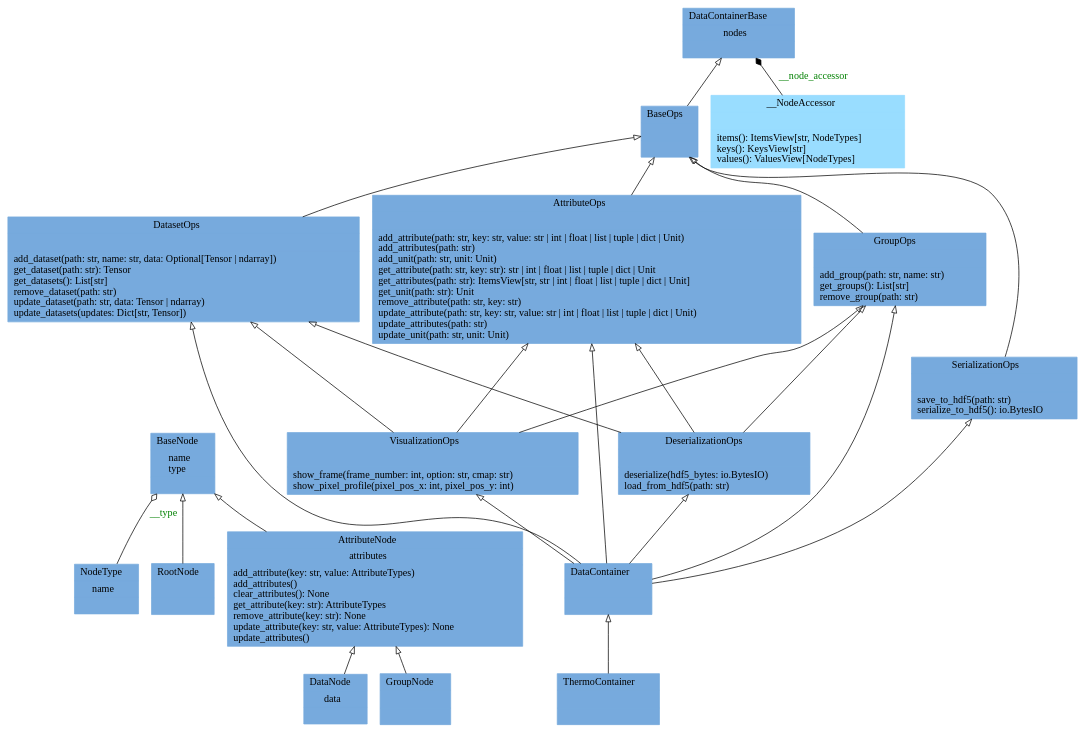
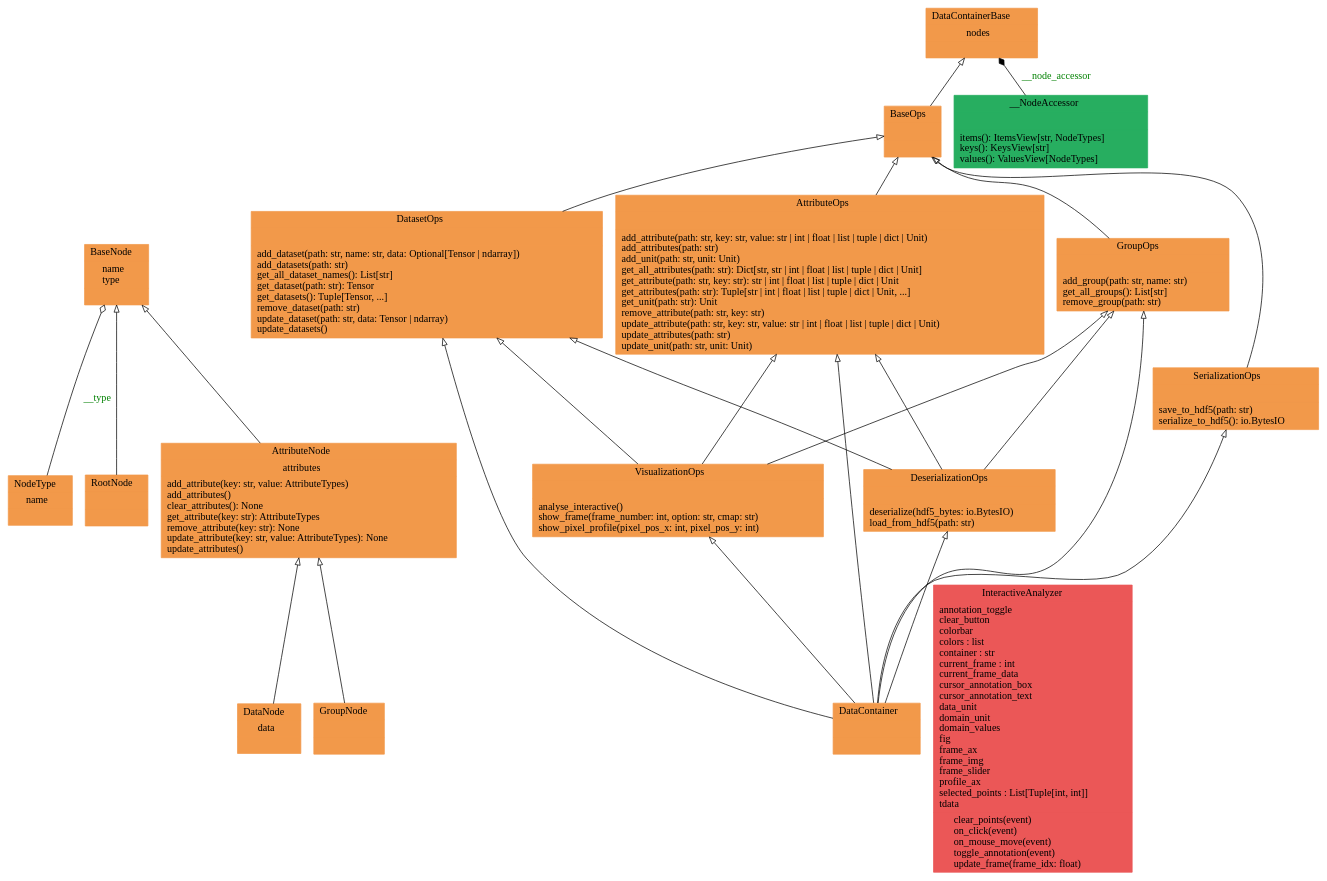
The diagram in docs/pyreverse/classes_pythermondt.data.datacontainer.gv (voidsy-gmbh/pyThermoNDT), drawn with Graphviz before and after one commit. The commit also changed 29 other files, not shown here.

First line of the commit message:
Update the pyreverse diagrams in documentation folder to make them more readable (#44)

```diff
--- a/docs/pyreverse/classes_pythermondt.data.datacontainer.gv
+++ b/docs/pyreverse/classes_pythermondt.data.datacontainer.gv
@@ -1,23 +1,23 @@
 digraph "classes_pythermondt.data.datacontainer" {
 rankdir=BT
 charset="utf-8"
-"pythermondt.data.datacontainer.node.AttributeNode" [color="#77AADD", fontcolor="black", label=<{AttributeNode|attributes<br ALIGN="LEFT"/>|add_attribute(key: str, value: AttributeTypes)<br ALIGN="LEFT"/>add_attributes()<br ALIGN="LEFT"/>clear_attributes(): None<br ALIGN="LEFT"/>get_attribute(key: str): AttributeTypes<br ALIGN="LEFT"/>remove_attribute(key: str): None<br ALIGN="LEFT"/>update_attribute(key: str, value: AttributeTypes): None<br ALIGN="LEFT"/>update_attributes()<br ALIGN="LEFT"/>}>, shape="record", style="filled"];
-"pythermondt.data.datacontainer.attribute_ops.AttributeOps" [color="#77AADD", fontcolor="black", label=<{AttributeOps|<br ALIGN="LEFT"/>|add_attribute(path: str, key: str, value: str \| int \| float \| list \| tuple \| dict \| Unit)<br ALIGN="LEFT"/>add_attributes(path: str)<br ALIGN="LEFT"/>add_unit(path: str, unit: Unit)<br ALIGN="LEFT"/>get_attribute(path: str, key: str): str \| int \| float \| list \| tuple \| dict \| Unit<br ALIGN="LEFT"/>get_attributes(path: str): ItemsView[str, str \| int \| float \| list \| tuple \| dict \| Unit]<br ALIGN="LEFT"/>get_unit(path: str): Unit<br ALIGN="LEFT"/>remove_attribute(path: str, key: str)<br ALIGN="LEFT"/>update_attribute(path: str, key: str, value: str \| int \| float \| list \| tuple \| dict \| Unit)<br ALIGN="LEFT"/>update_attributes(path: str)<br ALIGN="LEFT"/>update_unit(path: str, unit: Unit)<br ALIGN="LEFT"/>}>, shape="record", style="filled"];
-"pythermondt.data.datacontainer.node.BaseNode" [color="#77AADD", fontcolor="black", label=<{BaseNode|name<br ALIGN="LEFT"/>type<br ALIGN="LEFT"/>|}>, shape="record", style="filled"];
-"pythermondt.data.datacontainer.base.BaseOps" [color="#77AADD", fontcolor="black", label=<{BaseOps|<br ALIGN="LEFT"/>|}>, shape="record", style="filled"];
-"pythermondt.data.datacontainer.core.DataContainer" [color="#77AADD", fontcolor="black", label=<{DataContainer|<br ALIGN="LEFT"/>|}>, shape="record", style="filled"];
-"pythermondt.data.datacontainer.base.DataContainerBase" [color="#77AADD", fontcolor="black", label=<{DataContainerBase|nodes<br ALIGN="LEFT"/>|}>, shape="record", style="filled"];
-"pythermondt.data.datacontainer.node.DataNode" [color="#77AADD", fontcolor="black", label=<{DataNode|data<br ALIGN="LEFT"/>|}>, shape="record", style="filled"];
-"pythermondt.data.datacontainer.dataset_ops.DatasetOps" [color="#77AADD", fontcolor="black", label=<{DatasetOps|<br ALIGN="LEFT"/>|add_dataset(path: str, name: str, data: Optional[Tensor \| ndarray])<br ALIGN="LEFT"/>get_dataset(path: str): Tensor<br ALIGN="LEFT"/>get_datasets(): List[str]<br ALIGN="LEFT"/>remove_dataset(path: str)<br ALIGN="LEFT"/>update_dataset(path: str, data: Tensor \| ndarray)<br ALIGN="LEFT"/>update_datasets(updates: Dict[str, Tensor])<br ALIGN="LEFT"/>}>, shape="record", style="filled"];
-"pythermondt.data.datacontainer.serialization_ops.DeserializationOps" [color="#77AADD", fontcolor="black", label=<{DeserializationOps|<br ALIGN="LEFT"/>|deserialize(hdf5_bytes: io.BytesIO)<br ALIGN="LEFT"/>load_from_hdf5(path: str)<br ALIGN="LEFT"/>}>, shape="record", style="filled"];
-"pythermondt.data.datacontainer.node.GroupNode" [color="#77AADD", fontcolor="black", label=<{GroupNode|<br ALIGN="LEFT"/>|}>, shape="record", style="filled"];
-"pythermondt.data.datacontainer.group_ops.GroupOps" [color="#77AADD", fontcolor="black", label=<{GroupOps|<br ALIGN="LEFT"/>|add_group(path: str, name: str)<br ALIGN="LEFT"/>get_groups(): List[str]<br ALIGN="LEFT"/>remove_group(path: str)<br ALIGN="LEFT"/>}>, shape="record", style="filled"];
-"pythermondt.data.datacontainer.node.NodeType" [color="#77AADD", fontcolor="black", label=<{NodeType|name<br ALIGN="LEFT"/>|}>, shape="record", style="filled"];
-"pythermondt.data.datacontainer.node.RootNode" [color="#77AADD", fontcolor="black", label=<{RootNode|<br ALIGN="LEFT"/>|}>, shape="record", style="filled"];
-"pythermondt.data.datacontainer.serialization_ops.SerializationOps" [color="#77AADD", fontcolor="black", label=<{SerializationOps|<br ALIGN="LEFT"/>|save_to_hdf5(path: str)<br ALIGN="LEFT"/>serialize_to_hdf5(): io.BytesIO<br ALIGN="LEFT"/>}>, shape="record", style="filled"];
-"pythermondt.data.datacontainer.core.ThermoContainer" [color="#77AADD", fontcolor="black", label=<{ThermoContainer|<br ALIGN="LEFT"/>|}>, shape="record", style="filled"];
-"pythermondt.data.datacontainer.visualization_ops.VisualizationOps" [color="#77AADD", fontcolor="black", label=<{VisualizationOps|<br ALIGN="LEFT"/>|show_frame(frame_number: int, option: str, cmap: str)<br ALIGN="LEFT"/>show_pixel_profile(pixel_pos_x: int, pixel_pos_y: int)<br ALIGN="LEFT"/>}>, shape="record", style="filled"];
-"pythermondt.data.datacontainer.base.DataContainerBase.__NodeAccessor" [color="#99DDFF", fontcolor="black", label=<{__NodeAccessor|<br ALIGN="LEFT"/>|items(): ItemsView[str, NodeTypes]<br ALIGN="LEFT"/>keys(): KeysView[str]<br ALIGN="LEFT"/>values(): ValuesView[NodeTypes]<br ALIGN="LEFT"/>}>, shape="record", style="filled"];
+"pythermondt.data.datacontainer.node.AttributeNode" [color="#F2994A", fontcolor="black", label=<{AttributeNode|attributes<br ALIGN="LEFT"/>|add_attribute(key: str, value: AttributeTypes)<br ALIGN="LEFT"/>add_attributes()<br ALIGN="LEFT"/>clear_attributes(): None<br ALIGN="LEFT"/>get_attribute(key: str): AttributeTypes<br ALIGN="LEFT"/>remove_attribute(key: str): None<br ALIGN="LEFT"/>update_attribute(key: str, value: AttributeTypes): None<br ALIGN="LEFT"/>update_attributes()<br ALIGN="LEFT"/>}>, shape="record", style="filled"];
+"pythermondt.data.datacontainer.attribute_ops.AttributeOps" [color="#F2994A", fontcolor="black", label=<{AttributeOps|<br ALIGN="LEFT"/>|add_attribute(path: str, key: str, value: str \| int \| float \| list \| tuple \| dict \| Unit)<br ALIGN="LEFT"/>add_attributes(path: str)<br ALIGN="LEFT"/>add_unit(path: str, unit: Unit)<br ALIGN="LEFT"/>get_all_attributes(path: str): Dict[str, str \| int \| float \| list \| tuple \| dict \| Unit]<br ALIGN="LEFT"/>get_attribute(path: str, key: str): str \| int \| float \| list \| tuple \| dict \| Unit<br ALIGN="LEFT"/>get_attributes(path: str): Tuple[str \| int \| float \| list \| tuple \| dict \| Unit, ...]<br ALIGN="LEFT"/>get_unit(path: str): Unit<br ALIGN="LEFT"/>remove_attribute(path: str, key: str)<br ALIGN="LEFT"/>update_attribute(path: str, key: str, value: str \| int \| float \| list \| tuple \| dict \| Unit)<br ALIGN="LEFT"/>update_attributes(path: str)<br ALIGN="LEFT"/>update_unit(path: str, unit: Unit)<br ALIGN="LEFT"/>}>, shape="record", style="filled"];
+"pythermondt.data.datacontainer.node.BaseNode" [color="#F2994A", fontcolor="black", label=<{BaseNode|name<br ALIGN="LEFT"/>type<br ALIGN="LEFT"/>|}>, shape="record", style="filled"];
+"pythermondt.data.datacontainer.base.BaseOps" [color="#F2994A", fontcolor="black", label=<{BaseOps|<br ALIGN="LEFT"/>|}>, shape="record", style="filled"];
+"pythermondt.data.datacontainer.core.DataContainer" [color="#F2994A", fontcolor="black", label=<{DataContainer|<br ALIGN="LEFT"/>|}>, shape="record", style="filled"];
+"pythermondt.data.datacontainer.base.DataContainerBase" [color="#F2994A", fontcolor="black", label=<{DataContainerBase|nodes<br ALIGN="LEFT"/>|}>, shape="record", style="filled"];
+"pythermondt.data.datacontainer.node.DataNode" [color="#F2994A", fontcolor="black", label=<{DataNode|data<br ALIGN="LEFT"/>|}>, shape="record", style="filled"];
+"pythermondt.data.datacontainer.dataset_ops.DatasetOps" [color="#F2994A", fontcolor="black", label=<{DatasetOps|<br ALIGN="LEFT"/>|add_dataset(path: str, name: str, data: Optional[Tensor \| ndarray])<br ALIGN="LEFT"/>add_datasets(path: str)<br ALIGN="LEFT"/>get_all_dataset_names(): List[str]<br ALIGN="LEFT"/>get_dataset(path: str): Tensor<br ALIGN="LEFT"/>get_datasets(): Tuple[Tensor, ...]<br ALIGN="LEFT"/>remove_dataset(path: str)<br ALIGN="LEFT"/>update_dataset(path: str, data: Tensor \| ndarray)<br ALIGN="LEFT"/>update_datasets()<br ALIGN="LEFT"/>}>, shape="record", style="filled"];
+"pythermondt.data.datacontainer.serialization_ops.DeserializationOps" [color="#F2994A", fontcolor="black", label=<{DeserializationOps|<br ALIGN="LEFT"/>|deserialize(hdf5_bytes: io.BytesIO)<br ALIGN="LEFT"/>load_from_hdf5(path: str)<br ALIGN="LEFT"/>}>, shape="record", style="filled"];
+"pythermondt.data.datacontainer.node.GroupNode" [color="#F2994A", fontcolor="black", label=<{GroupNode|<br ALIGN="LEFT"/>|}>, shape="record", style="filled"];
+"pythermondt.data.datacontainer.group_ops.GroupOps" [color="#F2994A", fontcolor="black", label=<{GroupOps|<br ALIGN="LEFT"/>|add_group(path: str, name: str)<br ALIGN="LEFT"/>get_all_groups(): List[str]<br ALIGN="LEFT"/>remove_group(path: str)<br ALIGN="LEFT"/>}>, shape="record", style="filled"];
+"pythermondt.data.datacontainer.visualization_ops.VisualizationOps.InteractiveAnalyzer" [color="#EB5757", fontcolor="black", label=<{InteractiveAnalyzer|annotation_toggle<br ALIGN="LEFT"/>clear_button<br ALIGN="LEFT"/>colorbar<br ALIGN="LEFT"/>colors : list<br ALIGN="LEFT"/>container : str<br ALIGN="LEFT"/>current_frame : int<br ALIGN="LEFT"/>current_frame_data<br ALIGN="LEFT"/>cursor_annotation_box<br ALIGN="LEFT"/>cursor_annotation_text<br ALIGN="LEFT"/>data_unit<br ALIGN="LEFT"/>domain_unit<br ALIGN="LEFT"/>domain_values<br ALIGN="LEFT"/>fig<br ALIGN="LEFT"/>frame_ax<br ALIGN="LEFT"/>frame_img<br ALIGN="LEFT"/>frame_slider<br ALIGN="LEFT"/>profile_ax<br ALIGN="LEFT"/>selected_points : List[Tuple[int, int]]<br ALIGN="LEFT"/>tdata<br ALIGN="LEFT"/>|clear_points(event)<br ALIGN="LEFT"/>on_click(event)<br ALIGN="LEFT"/>on_mouse_move(event)<br ALIGN="LEFT"/>toggle_annotation(event)<br ALIGN="LEFT"/>update_frame(frame_idx: float)<br ALIGN="LEFT"/>}>, shape="record", style="filled"];
+"pythermondt.data.datacontainer.node.NodeType" [color="#F2994A", fontcolor="black", label=<{NodeType|name<br ALIGN="LEFT"/>|}>, shape="record", style="filled"];
+"pythermondt.data.datacontainer.node.RootNode" [color="#F2994A", fontcolor="black", label=<{RootNode|<br ALIGN="LEFT"/>|}>, shape="record", style="filled"];
+"pythermondt.data.datacontainer.serialization_ops.SerializationOps" [color="#F2994A", fontcolor="black", label=<{SerializationOps|<br ALIGN="LEFT"/>|save_to_hdf5(path: str)<br ALIGN="LEFT"/>serialize_to_hdf5(): io.BytesIO<br ALIGN="LEFT"/>}>, shape="record", style="filled"];
+"pythermondt.data.datacontainer.visualization_ops.VisualizationOps" [color="#F2994A", fontcolor="black", label=<{VisualizationOps|<br ALIGN="LEFT"/>|analyse_interactive()<br ALIGN="LEFT"/>show_frame(frame_number: int, option: str, cmap: str)<br ALIGN="LEFT"/>show_pixel_profile(pixel_pos_x: int, pixel_pos_y: int)<br ALIGN="LEFT"/>}>, shape="record", style="filled"];
+"pythermondt.data.datacontainer.base.DataContainerBase.__NodeAccessor" [color="#27AE60", fontcolor="black", label=<{__NodeAccessor|<br ALIGN="LEFT"/>|items(): ItemsView[str, NodeTypes]<br ALIGN="LEFT"/>keys(): KeysView[str]<br ALIGN="LEFT"/>values(): ValuesView[NodeTypes]<br ALIGN="LEFT"/>}>, shape="record", style="filled"];
 "pythermondt.data.datacontainer.attribute_ops.AttributeOps" -> "pythermondt.data.datacontainer.base.BaseOps" [arrowhead="empty", arrowtail="none"];
 "pythermondt.data.datacontainer.base.BaseOps" -> "pythermondt.data.datacontainer.base.DataContainerBase" [arrowhead="empty", arrowtail="none"];
 "pythermondt.data.datacontainer.core.DataContainer" -> "pythermondt.data.datacontainer.attribute_ops.AttributeOps" [arrowhead="empty", arrowtail="none"];
@@ -26,7 +26,6 @@
 "pythermondt.data.datacontainer.core.DataContainer" -> "pythermondt.data.datacontainer.serialization_ops.DeserializationOps" [arrowhead="empty", arrowtail="none"];
 "pythermondt.data.datacontainer.core.DataContainer" -> "pythermondt.data.datacontainer.serialization_ops.SerializationOps" [arrowhead="empty", arrowtail="none"];
 "pythermondt.data.datacontainer.core.DataContainer" -> "pythermondt.data.datacontainer.visualization_ops.VisualizationOps" [arrowhead="empty", arrowtail="none"];
-"pythermondt.data.datacontainer.core.ThermoContainer" -> "pythermondt.data.datacontainer.core.DataContainer" [arrowhead="empty", arrowtail="none"];
 "pythermondt.data.datacontainer.dataset_ops.DatasetOps" -> "pythermondt.data.datacontainer.base.BaseOps" [arrowhead="empty", arrowtail="none"];
 "pythermondt.data.datacontainer.group_ops.GroupOps" -> "pythermondt.data.datacontainer.base.BaseOps" [arrowhead="empty", arrowtail="none"];
 "pythermondt.data.datacontainer.node.AttributeNode" -> "pythermondt.data.datacontainer.node.BaseNode" [arrowhead="empty", arrowtail="none"];
```
